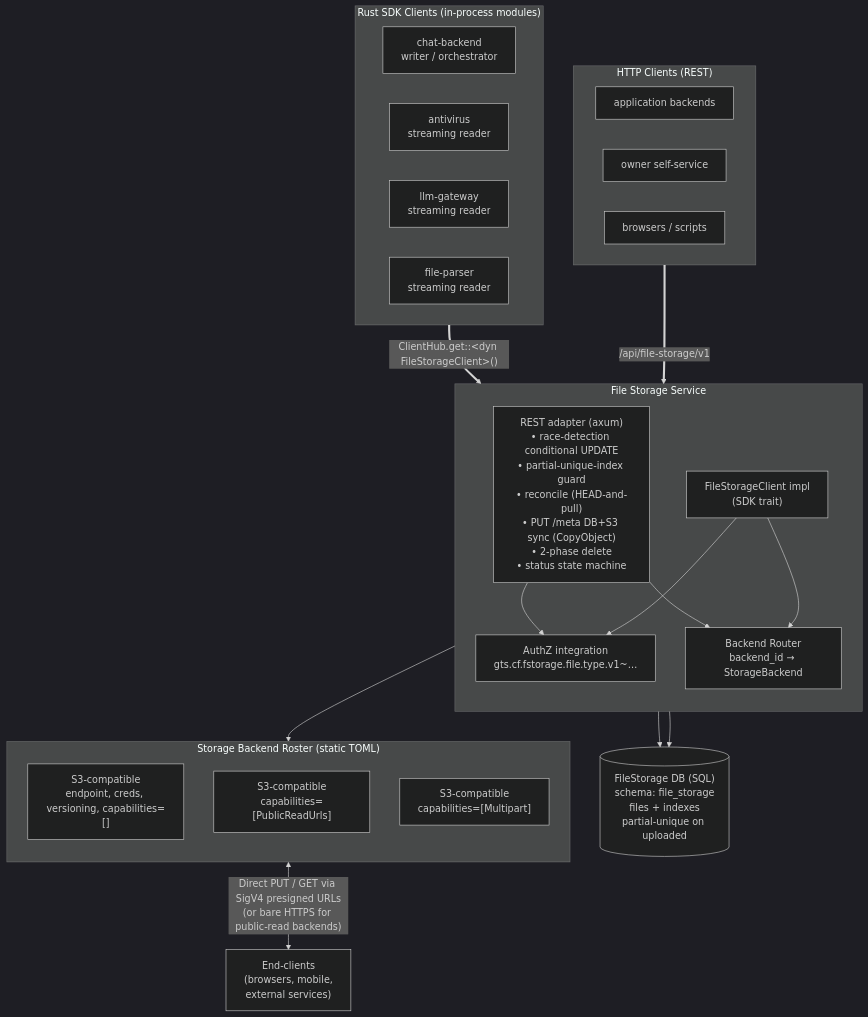
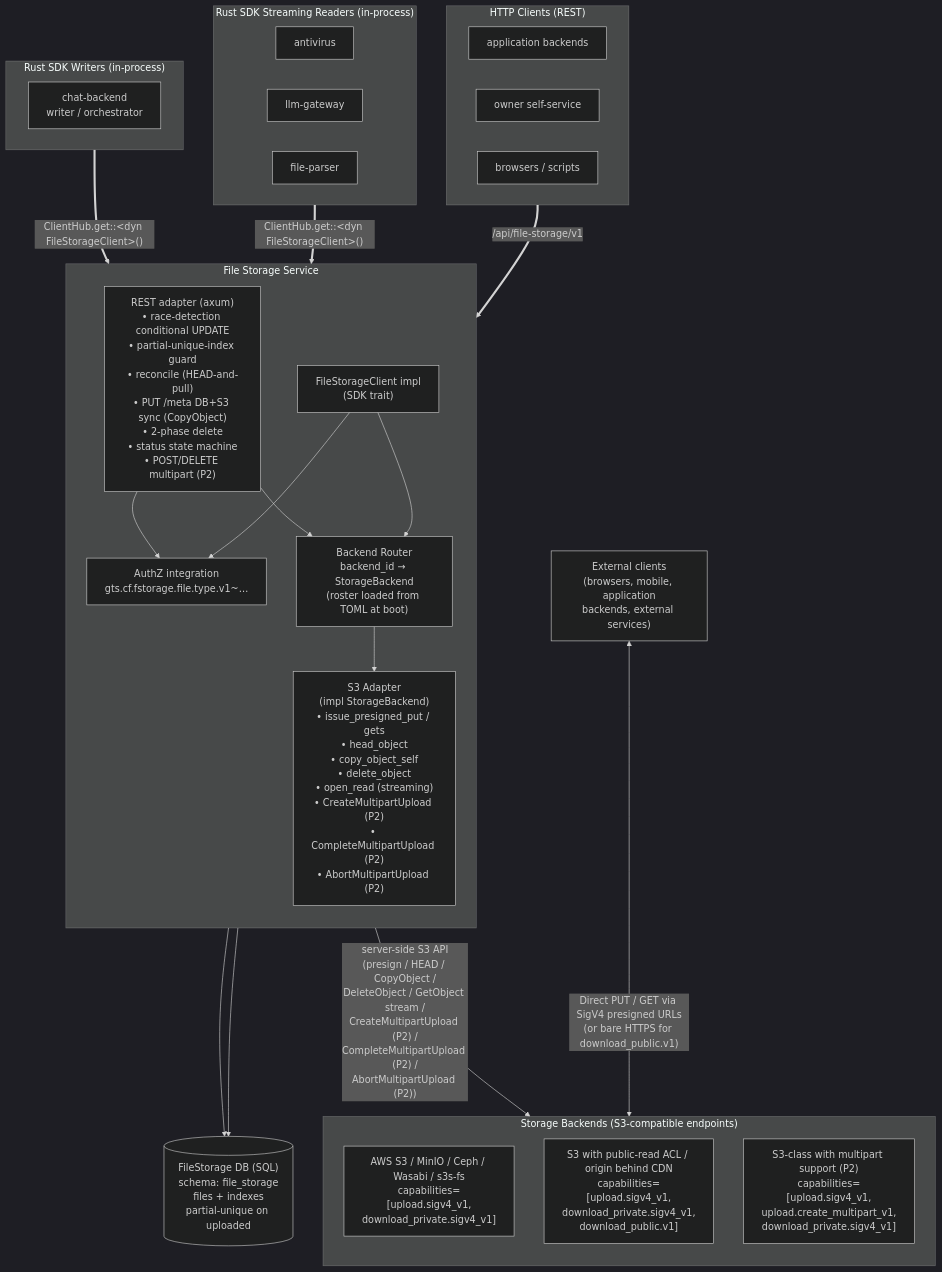
One commit to ffedoroff/cyberfabric-core changed the third of 3 diagrams in modules/file-storage/docs/use-cases.md. Above: the diagram before and after it, drawn with Mermaid (dark theme). The commit also changed other lines of this file and 4 other files, not shown here.

````diff
--- a/modules/file-storage/docs/use-cases.md
+++ b/modules/file-storage/docs/use-cases.md
@@ -362,47 +362,53 @@
 ```mermaid
 flowchart TB
-    subgraph SDK["Rust SDK Clients (in-process modules)"]
+    subgraph SDK_W["Rust SDK Writers (in-process)"]
+        SDKChat["chat-backend<br/>writer / orchestrator"]
+    end
+
+    subgraph SDK_R["Rust SDK Streaming Readers (in-process)"]
         direction LR
-        SDKChat["chat-backend<br/>writer / orchestrator"]
-        SDKAv["antivirus<br/>streaming reader"]
-        SDKLlm["llm-gateway<br/>streaming reader"]
-        SDKFp["file-parser<br/>streaming reader"]
+        SDKAv["antivirus"]
+        SDKLlm["llm-gateway"]
+        SDKFp["file-parser"]
     end
 
     subgraph HTTP["HTTP Clients (REST)"]
         direction LR
         H1[application backends]
         H2[owner self-service]
         H3[browsers / scripts]
     end
 
     subgraph FS["File Storage Service"]
         direction TB
-        REST["REST adapter (axum)<br/>• race-detection conditional UPDATE<br/>• partial-unique-index guard<br/>• reconcile (HEAD-and-pull)<br/>• PUT /meta DB+S3 sync (CopyObject)<br/>• 2-phase delete<br/>• status state machine"]
+        REST["REST adapter (axum)<br/>• race-detection conditional UPDATE<br/>• partial-unique-index guard<br/>• reconcile (HEAD-and-pull)<br/>• PUT /meta DB+S3 sync (CopyObject)<br/>• 2-phase delete<br/>• status state machine<br/>• POST/DELETE multipart (P2)"]
         SDKImpl["FileStorageClient impl<br/>(SDK trait)"]
         AUTHZ["AuthZ integration<br/>gts.cf.fstorage.file.type.v1~…"]
-        BR["Backend Router<br/>backend_id → StorageBackend"]
+        BR["Backend Router<br/>backend_id → StorageBackend<br/>(roster loaded from TOML at boot)"]
+        ADAPTER["S3 Adapter<br/>(impl StorageBackend)<br/>• issue_presigned_put / gets<br/>• head_object<br/>• copy_object_self<br/>• delete_object<br/>• open_read (streaming)<br/>• CreateMultipartUpload (P2)<br/>• CompleteMultipartUpload (P2)<br/>• AbortMultipartUpload (P2)"]
         REST --> AUTHZ
         REST --> BR
         SDKImpl --> AUTHZ
         SDKImpl --> BR
+        BR --> ADAPTER
     end
 
     DB[("FileStorage DB (SQL)<br/>schema: file_storage<br/>files + indexes<br/>partial-unique on uploaded")]
 
-    subgraph ROSTER["Storage Backend Roster (static TOML)"]
+    subgraph BACKENDS["Storage Backends (S3-compatible endpoints)"]
         direction TB
-        B1["S3-compatible<br/>endpoint, creds, versioning, capabilities=[]"]
-        B2["S3-compatible<br/>capabilities=[PublicReadUrls]"]
-        B3["S3-compatible<br/>capabilities=[Multipart]"]
+        B1["AWS S3 / MinIO / Ceph / Wasabi / s3s-fs<br/>capabilities=[upload.sigv4_v1,<br/>download_private.sigv4_v1]"]
+        B2["S3 with public-read ACL / origin behind CDN<br/>capabilities=[upload.sigv4_v1,<br/>download_private.sigv4_v1,<br/>download_public.v1]"]
+        B3["S3-class with multipart support (P2)<br/>capabilities=[upload.sigv4_v1,<br/>upload.create_multipart_v1,<br/>download_private.sigv4_v1]"]
     end
 
-    EC["End-clients<br/>(browsers, mobile,<br/>external services)"]
+    EC["External clients<br/>(browsers, mobile, application<br/>backends, external services)"]
 
-    SDK ==>|"ClientHub.get::&lt;dyn FileStorageClient&gt;()"| SDKImpl
+    SDK_W ==>|"ClientHub.get::&lt;dyn FileStorageClient&gt;()"| SDKImpl
+    SDK_R ==>|"ClientHub.get::&lt;dyn FileStorageClient&gt;()"| SDKImpl
     HTTP ==>|"/api/file-storage/v1"| REST
     REST --> DB
     SDKImpl --> DB
-    BR --> ROSTER
-    ROSTER <-->|"Direct PUT / GET via SigV4 presigned URLs<br/>(or bare HTTPS for public-read backends)"| EC
+    ADAPTER -->|"server-side S3 API<br/>(presign / HEAD / CopyObject /<br/>DeleteObject / GetObject stream /<br/>CreateMultipartUpload (P2) /<br/>CompleteMultipartUpload (P2) /<br/>AbortMultipartUpload (P2))"| BACKENDS
+    EC <-->|"Direct PUT / GET via SigV4 presigned URLs<br/>(or bare HTTPS for download_public.v1)"| BACKENDS
 ```
````
